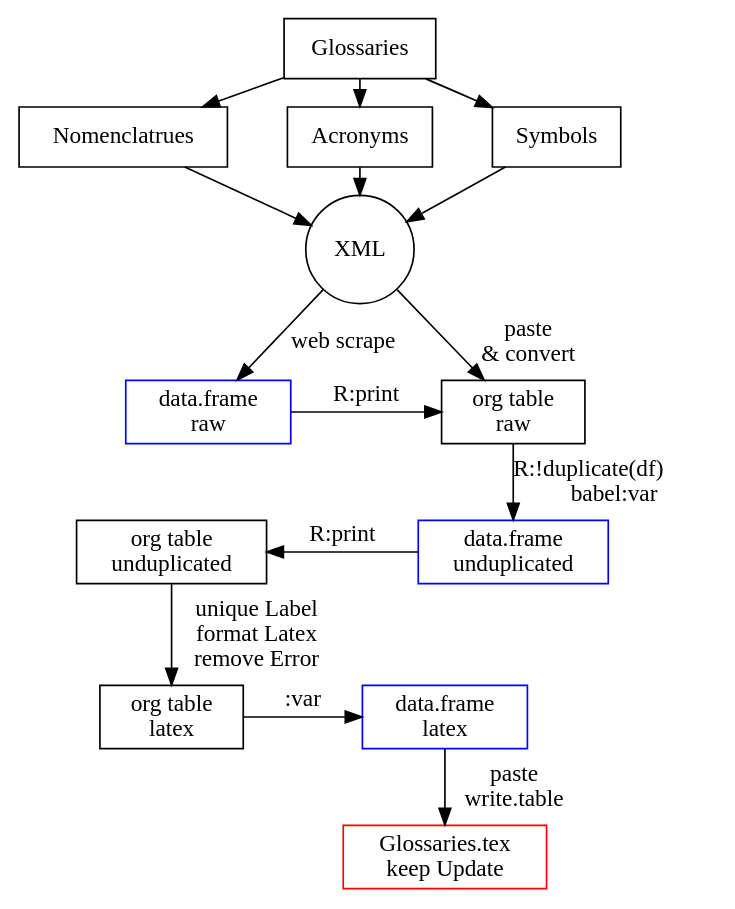
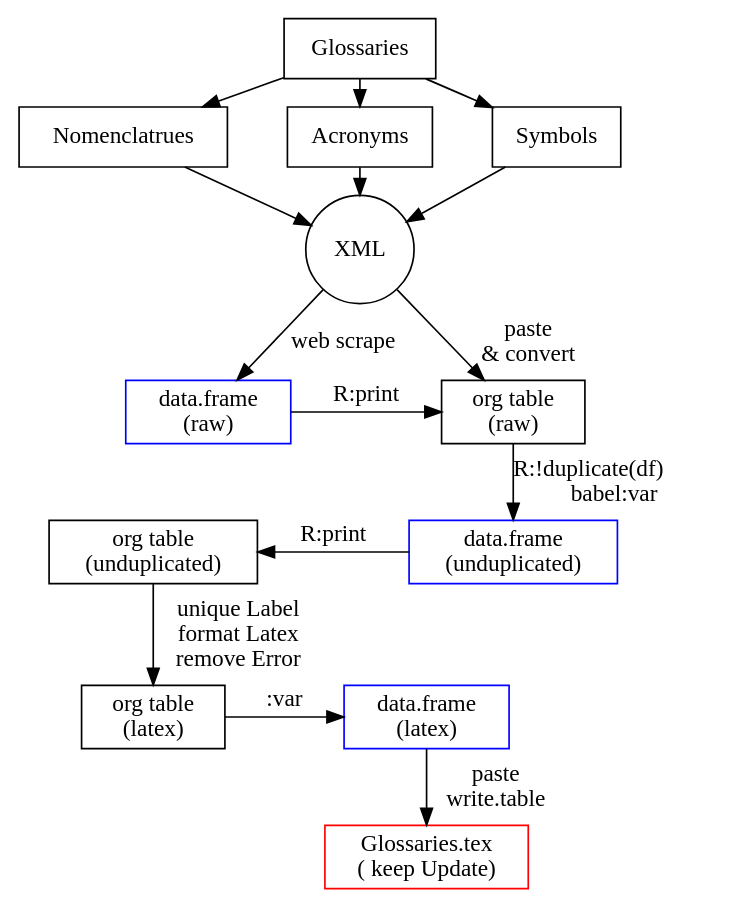
The second of 2 diagrams in note/glossaR.org (bwtian/glossaR), drawn with Graphviz before and after one commit. The commit also changed other lines of this file and 1 other file, not shown here.

Commit message:
/ ‘note/glossaR.org’ / ‘note/orgAndR.svg’

```diff
--- a/note/glossaR.org
+++ b/note/glossaR.org
@@ -42,37 +42,37 @@
 #+BEGIN_SRC dot :file orgAndR.svg 
   digraph { 
   fontname="Times"; 
   fontsize = 12; 
   splines = false; 
   ranksep = 0.2; 
   nodesep = 0.5; 
   node [shape = box] 
   //1. set node 
   gls [label = "Glossaries"]
   nomencl[label = "Nomenclatrues"]
   acro [label = "Acronyms"]
   symbol [label = "Symbols"]
   xml [label = "XML", shape = circle]
-  df0 [label = "data.frame \n raw", color = blue]
-  df1 [label = "data.frame \n unduplicated", color = blue]
-  df2 [label = "data.frame \n latex",color = blue]
-  orgTable0 [label = "org table \n raw "]
-  orgTable1 [label = "org table \n unduplicated"]
-  orgTable2 [label = "org table \n latex"]
-  glsfile [label = "Glossaries.tex \n keep Update", color = red, fill=gray]
+  df0 [label = "data.frame \n (raw)", color = blue]
+  df1 [label = "data.frame \n (unduplicated)", color = blue]
+  df2 [label = "data.frame \n (latex)",color = blue]
+  orgTable0 [label = "org table \n (raw) "]
+  orgTable1 [label = "org table \n (unduplicated)"]
+  orgTable2 [label = "org table \n (latex)"]
+  glsfile [label = "Glossaries.tex \n( keep Update)", color = red, fill=gray]
   //2. set path 
   gls -> {acro, nomencl, symbol} -> xml
   xml -> df0 [label = " web scrape"]
   xml -> orgTable0 [label = " paste \n& convert"]
   df0 -> orgTable0 [label = " R:print"]
   orgTable0 -> df1 [label = " R:!duplicate(df) \l babel:var"]
   orgTable1 -> df1 [label = " R:print", dir = back]
   orgTable1 -> orgTable2 [label = " unique Label \n format Latex \n remove Error"]
   orgTable2 -> df2 [label = ":var "]
   df2 -> glsfile [label= " paste\n write.table", weight = 10]
   //3. set rank 
   {rank = same; df0, orgTable0} 
   {rank = same; df1, orgTable1} 
   {rank = same; df2, orgTable2} 
   }
 #+END_SRC
```
